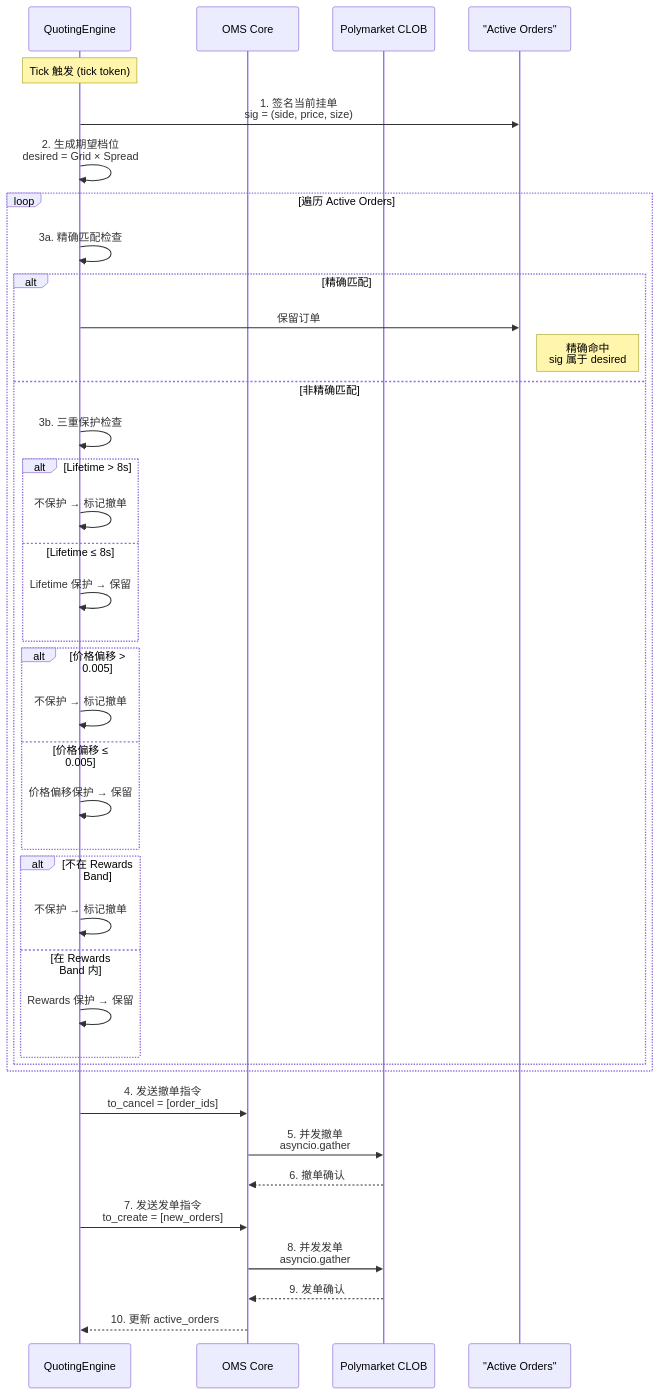
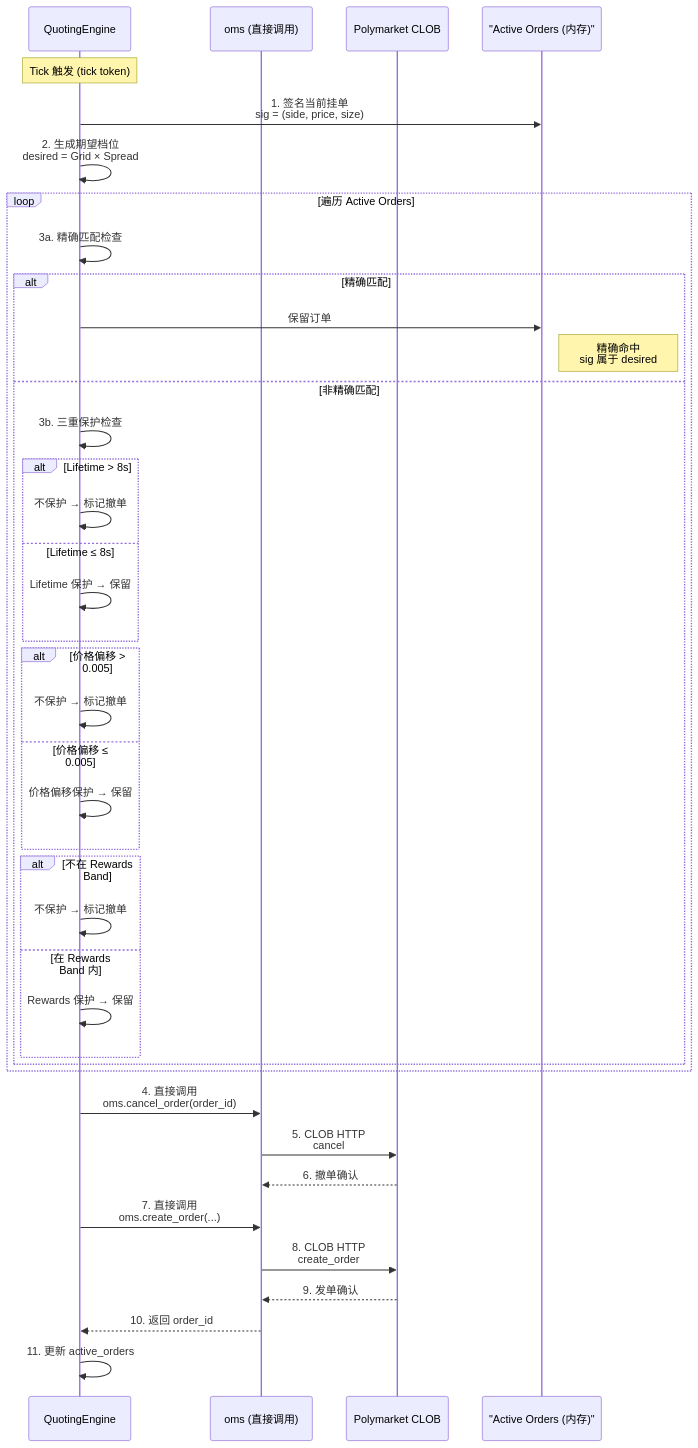
One commit to liu-kaining/PolyMatrixEngine changed the first of 3 diagrams in spec/architecture_diagrams/05_differential_quoting.md. Above: the diagram before and after it, drawn with Mermaid. The commit also changed 11 other files, not shown here.

````diff
--- a/spec/architecture_diagrams/05_differential_quoting.md
+++ b/spec/architecture_diagrams/05_differential_quoting.md
@@ -3,61 +3,63 @@
 ```mermaid
 %%{init: {'theme': 'base', 'themeVariables': {
   'primaryColor': '#1e3a5f',
   'primaryTextColor': '#ffffff',
   'primaryBorderColor': '#334155',
   'lineColor': '#64748b'
 }}%%
 sequenceDiagram
     participant Engine as QuotingEngine
-    participant OMS as OMS Core
+    participant OMS as oms (直接调用)
     participant CLOB as Polymarket CLOB
-    participant Active as "Active Orders"
+    participant Active as "Active Orders (内存)"
 
     Note over Engine: Tick 触发 (tick token)
 
     Engine->>Active: 1. 签名当前挂单<br/>sig = (side, price, size)
 
     Engine->>Engine: 2. 生成期望档位<br/>desired = Grid × Spread
 
     loop 遍历 Active Orders
         Engine->>Engine: 3a. 精确匹配检查
         alt 精确匹配
             Engine->>Active: 保留订单
             Note right of Active: 精确命中<br/>sig 属于 desired
         else 非精确匹配
             Engine->>Engine: 3b. 三重保护检查
 
             alt Lifetime > 8s
                 Engine->>Engine: 不保护 → 标记撤单
             else Lifetime ≤ 8s
                 Engine->>Engine: Lifetime 保护 → 保留
             end
 
             alt 价格偏移 > 0.005
                 Engine->>Engine: 不保护 → 标记撤单
             else 价格偏移 ≤ 0.005
                 Engine->>Engine: 价格偏移保护 → 保留
             end
 
             alt 不在 Rewards Band
                 Engine->>Engine: 不保护 → 标记撤单
             else 在 Rewards Band 内
                 Engine->>Engine: Rewards 保护 → 保留
             end
         end
     end
 
-    Engine->>OMS: 4. 发送撤单指令<br/>to_cancel = [order_ids]
+    Engine->>OMS: 4. 直接调用<br/>oms.cancel_order(order_id)
 
-    OMS->>CLOB: 5. 并发撤单<br/>asyncio.gather
+    OMS->>CLOB: 5. CLOB HTTP<br/>cancel
 
     CLOB-->>OMS: 6. 撤单确认
 
-    Engine->>OMS: 7. 发送发单指令<br/>to_create = [new_orders]
+    Engine->>OMS: 7. 直接调用<br/>oms.create_order(...)
 
-    OMS->>CLOB: 8. 并发发单<br/>asyncio.gather
+    OMS->>CLOB: 8. CLOB HTTP<br/>create_order
 
     CLOB-->>OMS: 9. 发单确认
 
-    OMS-->>Engine: 10. 更新 active_orders
+    OMS-->>Engine: 10. 返回 order_id
+
+    Engine->>Engine: 11. 更新 active_orders
 ```
````
